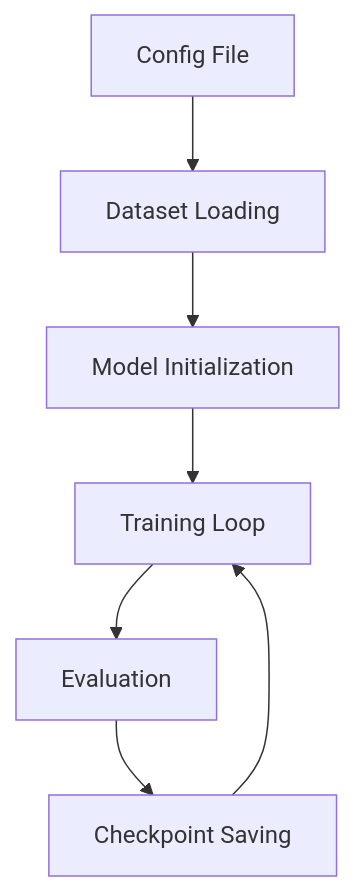
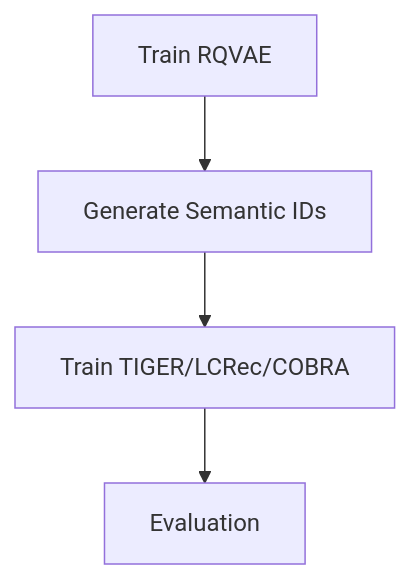
Before and after one commit to RoydonTay/genrec-unigcr: the second of 2 diagrams in docs/en/getting-started.md, drawn with Mermaid. The commit also changed other lines of this file and 13 other files, not shown here.

````diff
--- a/docs/en/getting-started.md
+++ b/docs/en/getting-started.md
@@ -113,9 +157,6 @@
 ```mermaid
 graph TD
-    A[Config File] --> B[Dataset Loading]
-    B --> C[Model Initialization]
-    C --> D[Training Loop]
-    D --> E[Evaluation]
-    E --> F[Checkpoint Saving]
-    F --> D
+    A[Train RQVAE] --> B[Generate Semantic IDs]
+    B --> C[Train TIGER/LCRec/COBRA]
+    C --> D[Evaluation]
 ```
````
